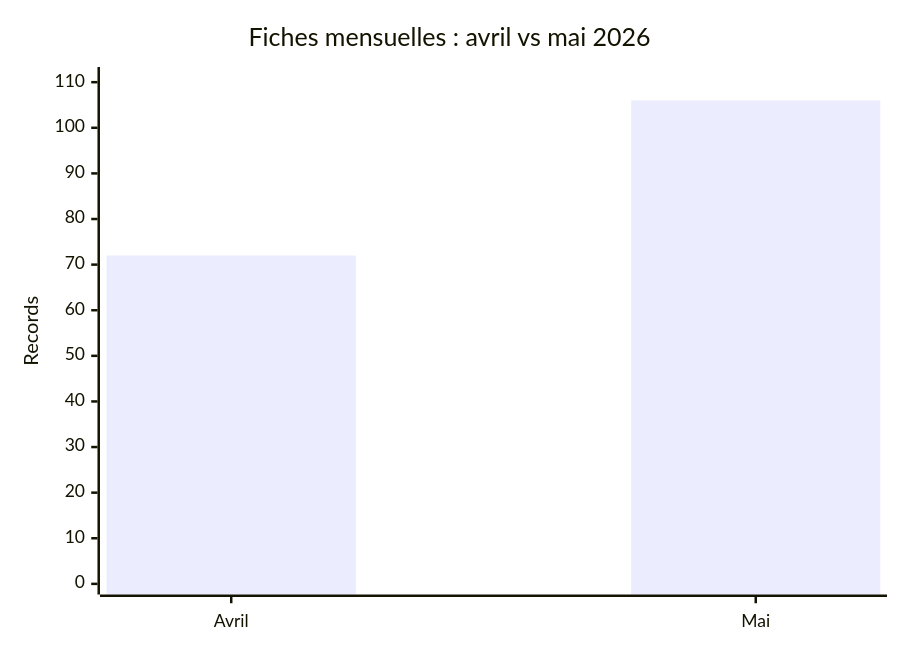
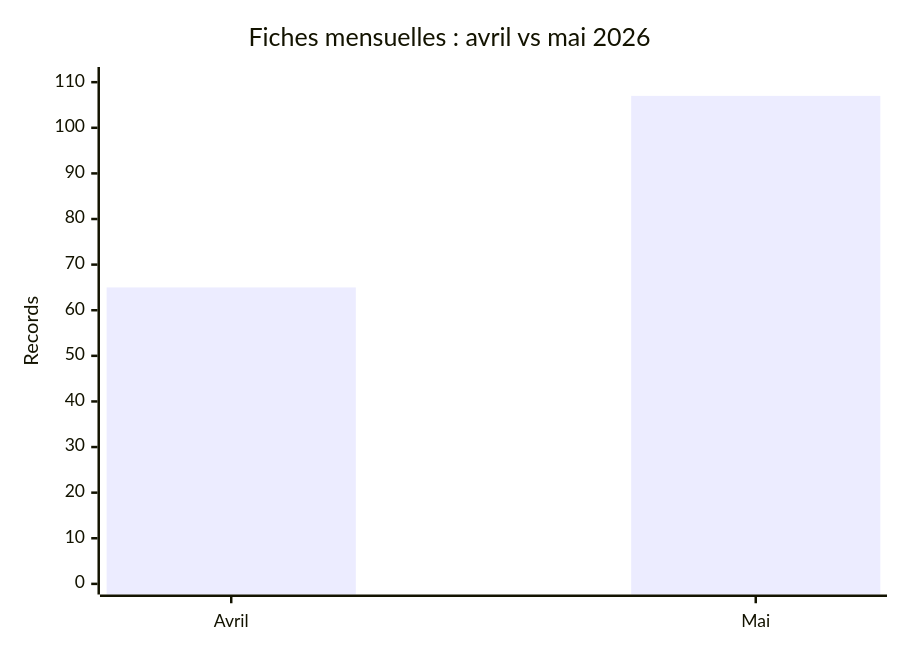
Before and after one commit to Hatchepsoute/AFRINTEL: the diagram in comparison/2026/04-april-may/README_FR.md, drawn with Mermaid. The commit also changed other lines of this file and 98 other files, not shown here.

````diff
--- a/comparison/2026/04-april-may/README_FR.md
+++ b/comparison/2026/04-april-may/README_FR.md
@@ -17,7 +17,7 @@
 ```mermaid
 xychart-beta
     title "Fiches mensuelles : avril vs mai 2026"
     x-axis [Avril, Mai]
     y-axis "Records" 0 --> 111
-    bar [72, 106]
+    bar [65, 107]
 ```
````
